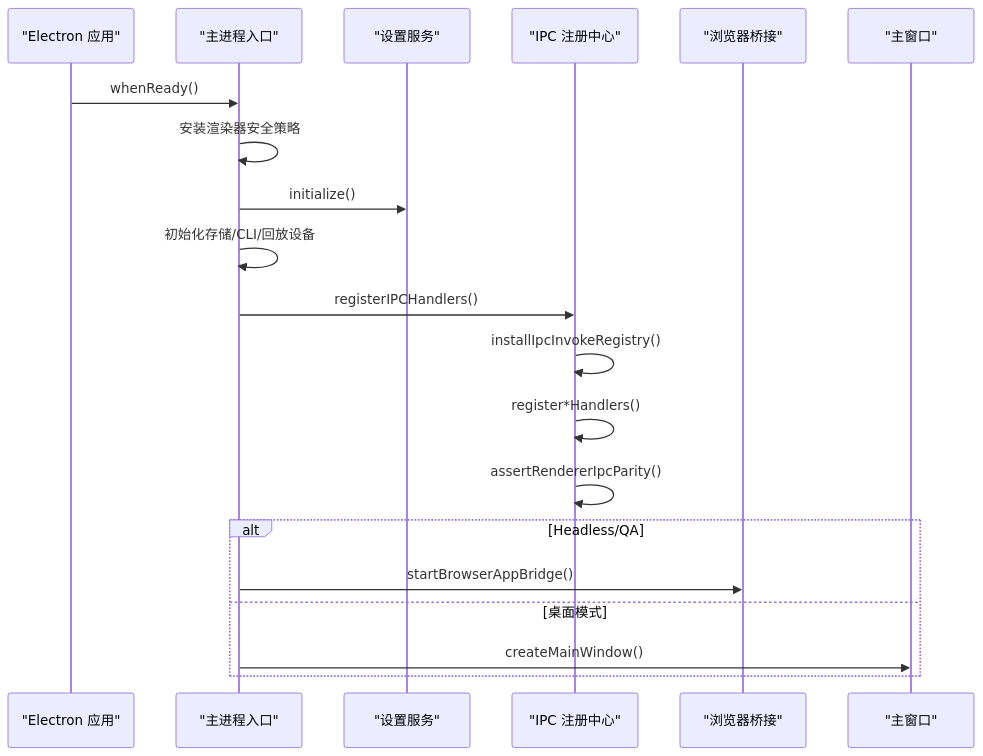
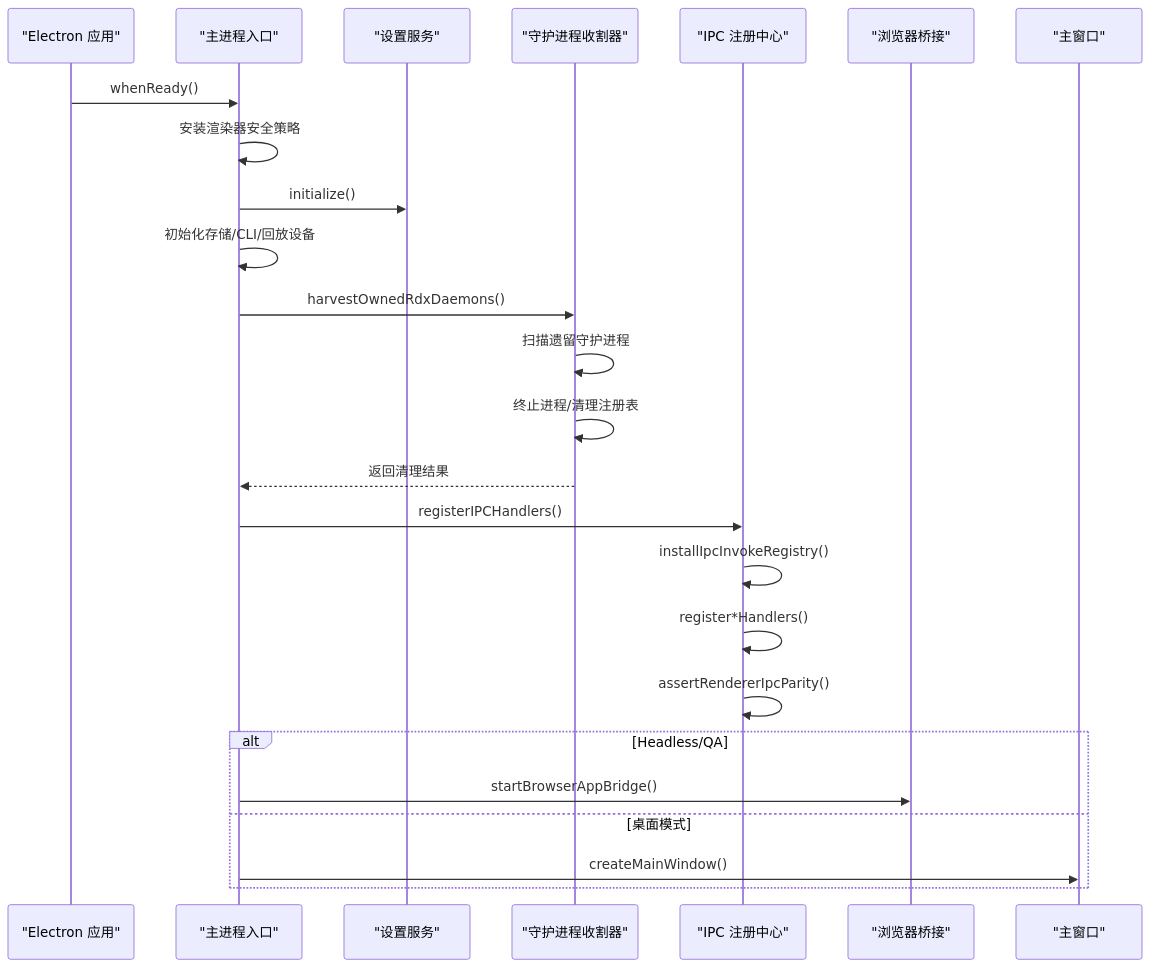
Before and after one commit to haolange/RDC-Agent: the second of 10 diagrams in .qoder/repowiki/zh/content/架构设计/主进程架构/主进程架构.md, drawn with Mermaid. The commit also changed other lines of this file and 28 other files, not shown here.

````diff
--- a/.qoder/repowiki/zh/content/架构设计/主进程架构/主进程架构.md
+++ b/.qoder/repowiki/zh/content/架构设计/主进程架构/主进程架构.md
@@ -83,22 +97,27 @@
 ```mermaid
 sequenceDiagram
 participant App as "Electron 应用"
 participant Main as "主进程入口"
 participant Settings as "设置服务"
+participant Harvest as "守护进程收割器"
 participant IPC as "IPC 注册中心"
 participant Bridge as "浏览器桥接"
 participant Win as "主窗口"
 App->>Main : whenReady()
 Main->>Main : 安装渲染器安全策略
 Main->>Settings : initialize()
 Main->>Main : 初始化存储/CLI/回放设备
+Main->>Harvest : harvestOwnedRdxDaemons()
+Harvest->>Harvest : 扫描遗留守护进程
+Harvest->>Harvest : 终止进程/清理注册表
+Harvest-->>Main : 返回清理结果
 Main->>IPC : registerIPCHandlers()
 IPC->>IPC : installIpcInvokeRegistry()
 IPC->>IPC : register*Handlers()
 IPC->>IPC : assertRendererIpcParity()
 alt Headless/QA
 Main->>Bridge : startBrowserAppBridge()
 else 桌面模式
 Main->>Win : createMainWindow()
 end
 ```
````
